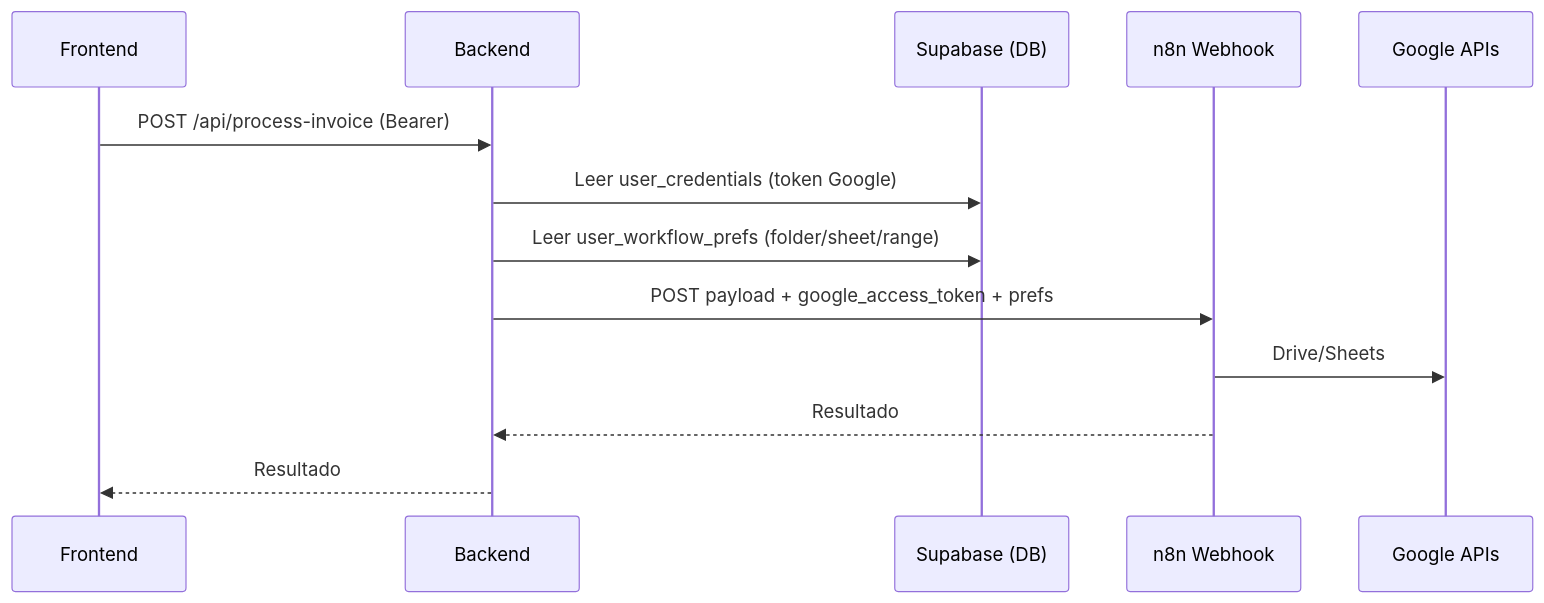
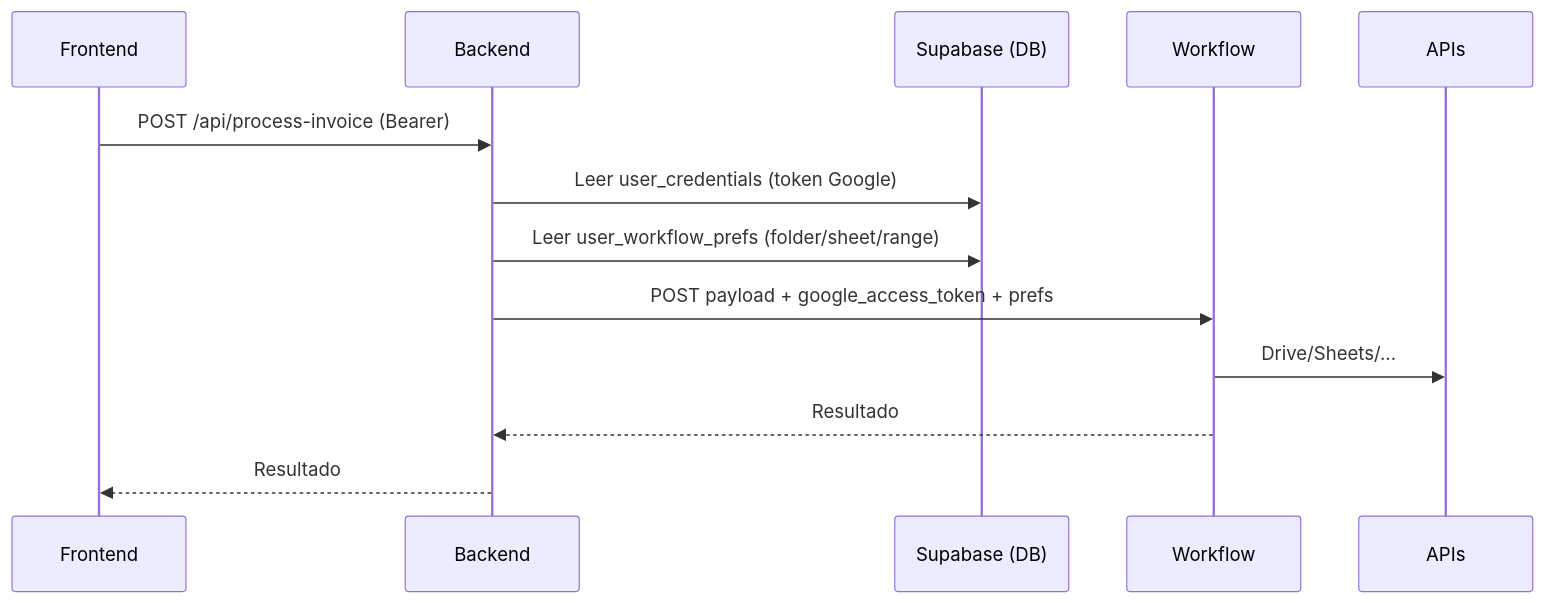
One commit to rodrigflorencia/n8n-backend-personal changed the third of 4 diagrams in README.md. Above: the diagram before and after it, drawn with Mermaid. The commit also changed other lines of this file, not shown here.

````diff
--- a/README.md
+++ b/README.md
@@ -82,16 +80,16 @@
 ```mermaid
 sequenceDiagram
     participant FE as Frontend
     participant API as Backend
     participant DB as Supabase (DB)
-    participant N8n as n8n Webhook
-    participant GAPIs as Google APIs
+    participant Workflow as Workflow
+    participant APIs as APIs
 
     FE->>API: POST /api/process-invoice (Bearer)
     API->>DB: Leer user_credentials (token Google)
     API->>DB: Leer user_workflow_prefs (folder/sheet/range)
-    API->>N8n: POST payload + google_access_token + prefs
-    N8n->>GAPIs: Drive/Sheets
-    N8n-->>API: Resultado
+    API->>Workflow: POST payload + google_access_token + prefs
+    Workflow->>APIs: Drive/Sheets/...
+    Workflow-->>API: Resultado
     API-->>FE: Resultado
 ```
````
